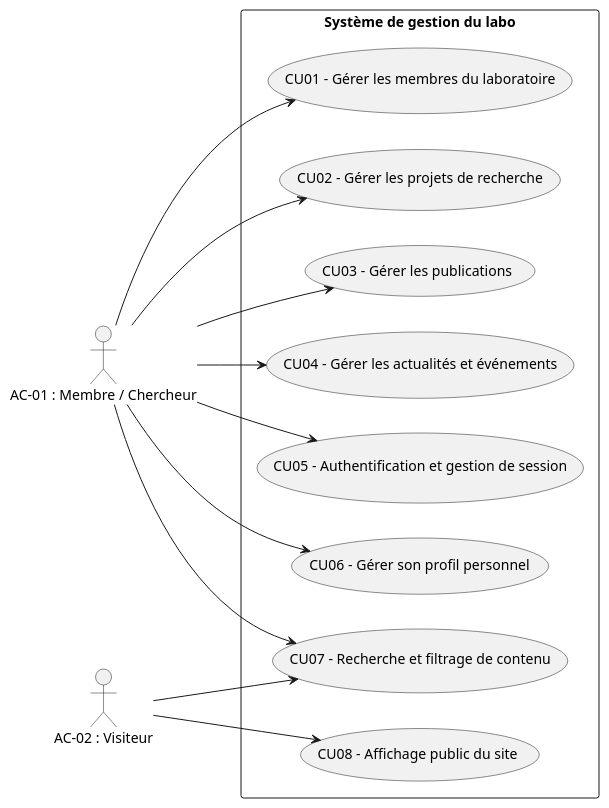
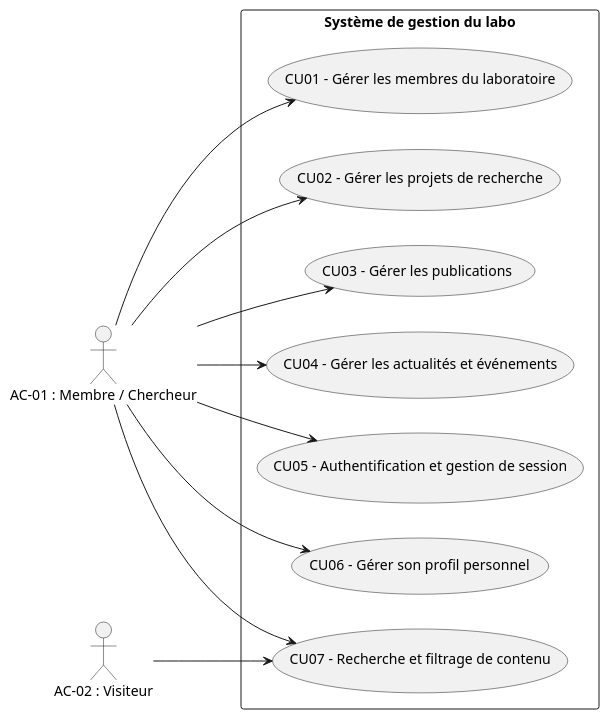
Before and after one commit to stilab-ets/stilab-ets.github.io: the diagram in doc/usecase/usecase.puml, drawn with PlantUML.

Commit message:
Updated Use Case diagram

```diff
--- a/doc/usecase/usecase.puml
+++ b/doc/usecase/usecase.puml
@@ -1,30 +1,28 @@
 @startuml
 left to right direction
 skinparam packageStyle rectangle
 
 actor "AC-01 : Membre / Chercheur" as Membre
 actor "AC-02 : Visiteur" as Visiteur
 
 rectangle "Système de gestion du labo" {
   
   usecase "CU01 - Gérer les membres du laboratoire" as CU01
   usecase "CU02 - Gérer les projets de recherche" as CU02
   usecase "CU03 - Gérer les publications" as CU03
   usecase "CU04 - Gérer les actualités et événements" as CU04
   usecase "CU05 - Authentification et gestion de session" as CU05
   usecase "CU06 - Gérer son profil personnel" as CU06
   usecase "CU07 - Recherche et filtrage de contenu" as CU07
-  usecase "CU08 - Affichage public du site" as CU08
 }
 
 Membre --> CU01
 Membre --> CU02
 Membre --> CU03
 Membre --> CU04
 Membre --> CU05
 Membre --> CU06
 Membre --> CU07
 Visiteur --> CU07
-Visiteur --> CU08
 
 @enduml
```
